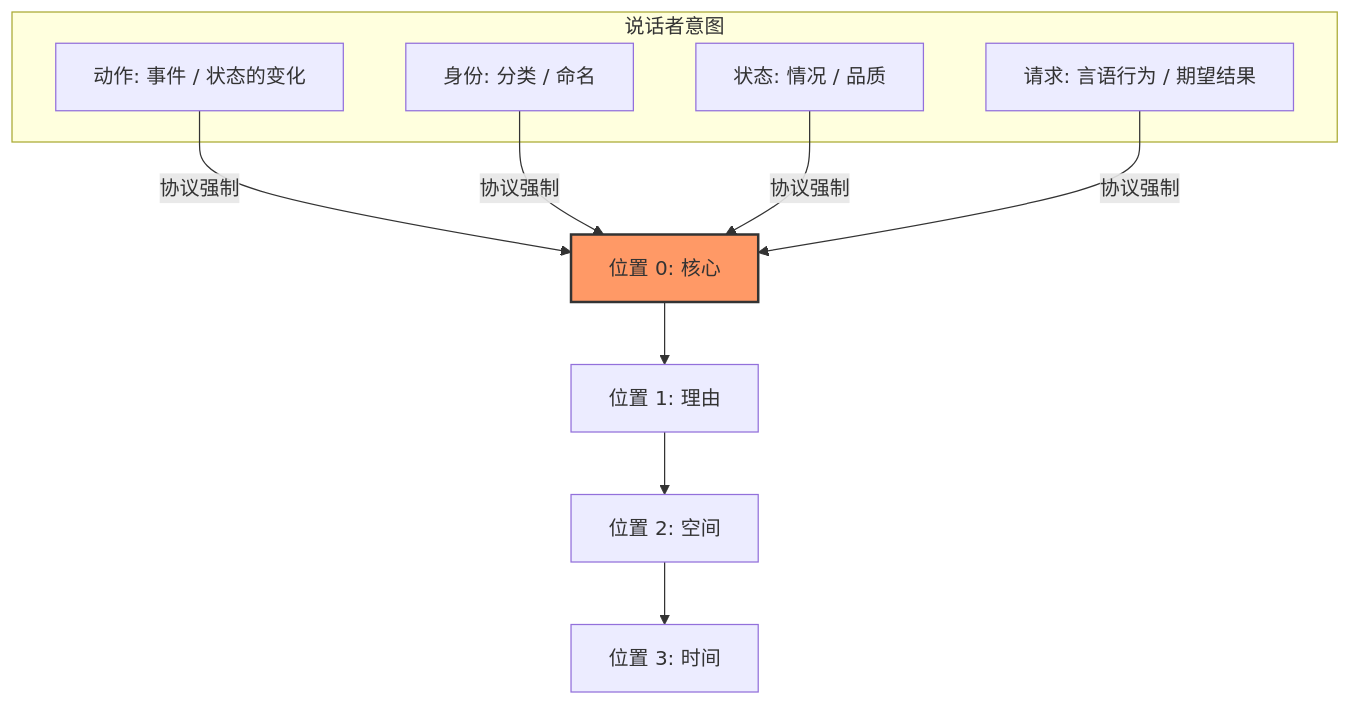
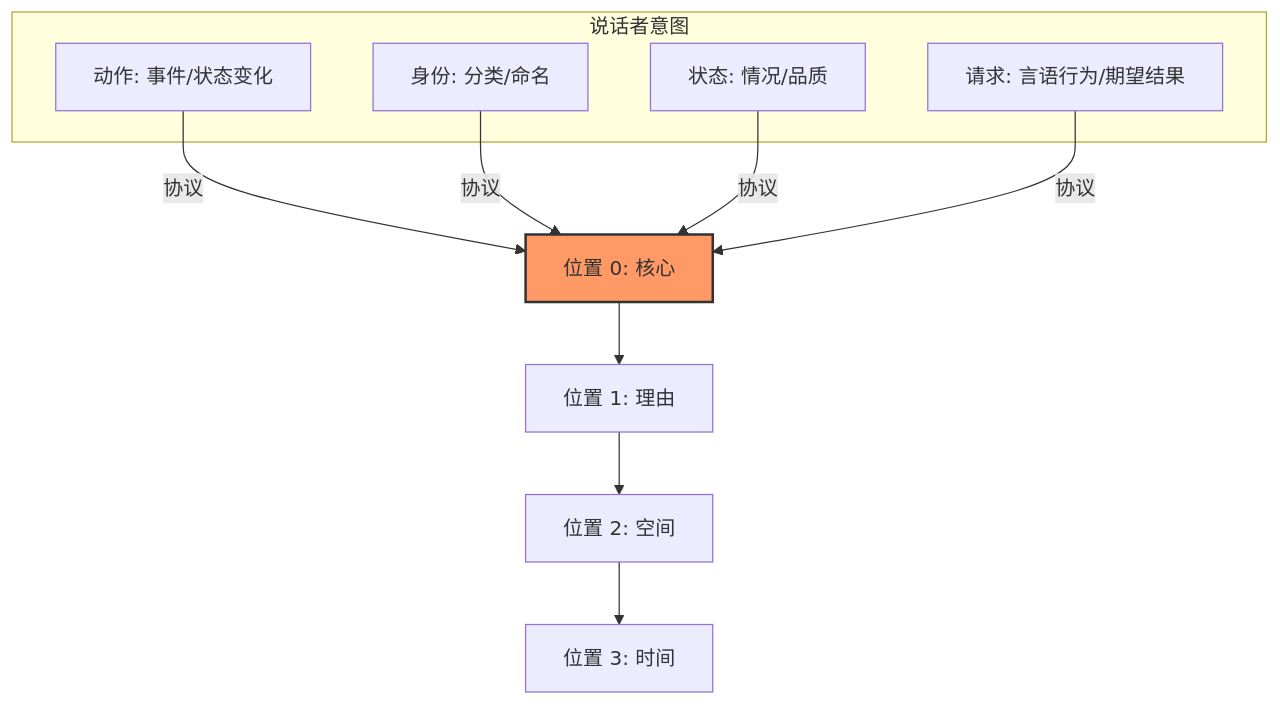
Before and after one commit to corefirst/cflt: the first of 3 diagrams in docs/zh/foundations/core-concept.md, drawn with Mermaid. The commit also changed other lines of this file and 3 other files, not shown here.

````diff
--- a/docs/zh/foundations/core-concept.md
+++ b/docs/zh/foundations/core-concept.md
@@ -46,20 +87,20 @@
 ```mermaid
 graph TD
     subgraph "说话者意图"
-    I1[动作: 事件 / 状态的变化]
-    I2[身份: 分类 / 命名]
-    I3[状态: 情况 / 品质]
-    I4[请求: 言语行为 / 期望结果]
+    I1[动作: 事件/状态变化]
+    I2[身份: 分类/命名]
+    I3[状态: 情况/品质]
+    I4[请求: 言语行为/期望结果]
     end
     
-    I1 -- "协议强制" --> P0[位置 0: 核心]
-    I2 -- "协议强制" --> P0
-    I3 -- "协议强制" --> P0
-    I4 -- "协议强制" --> P0
+    I1 -- "协议" --> P0[位置 0: 核心]
+    I2 -- "协议" --> P0
+    I3 -- "协议" --> P0
+    I4 -- "协议" --> P0
     
     P0 --> P1[位置 1: 理由]
     P1 --> P2[位置 2: 空间]
     P2 --> P3[位置 3: 时间]
     
     style P0 fill:#f96,stroke:#333,stroke-width:2px
 ```
````
